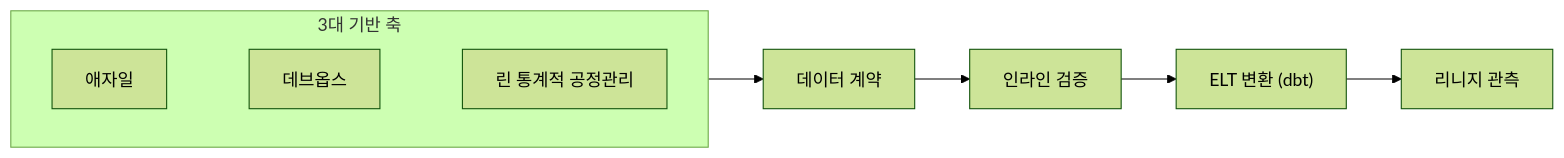
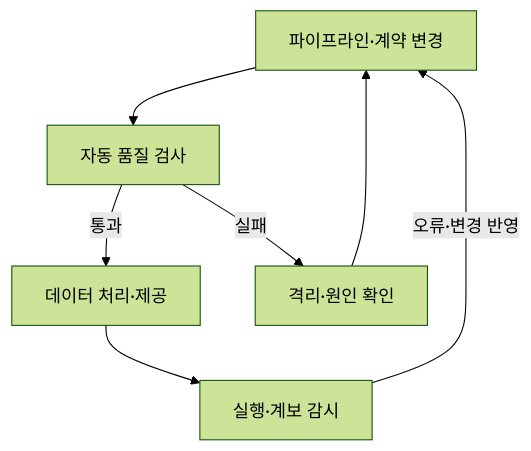
The first of 2 diagrams in src/content/docs/notes/itpe/02-software-engineering/109_dataops.md (agnusdei1207/study), drawn with Mermaid (forest theme) before and after one commit. The commit also changed other lines of this file and 31 other files, not shown here.

````diff
--- a/src/content/docs/notes/itpe/02-software-engineering/109_dataops.md
+++ b/src/content/docs/notes/itpe/02-software-engineering/109_dataops.md
@@ -38,8 +54,9 @@
 ```mermaid
-flowchart LR
-    subgraph T["3대 기반 축"]
-        direction LR
-        A["애자일"] ~~~ D["데브옵스"] ~~~ S["린 통계적 공정관리"]
-    end
-    T --> C["데이터 계약"] --> Q["인라인 검증"] --> E["ELT 변환 (dbt)"] --> L["리니지 관측"]
+flowchart TD
+    C["파이프라인·계약 변경"] --> T["자동 품질 검사"]
+    T -->|통과| R["데이터 처리·제공"]
+    T -->|실패| Q["격리·원인 확인"]
+    R --> O["실행·계보 감시"]
+    Q --> C
+    O -->|오류·변경 반영| C
 ```
````
